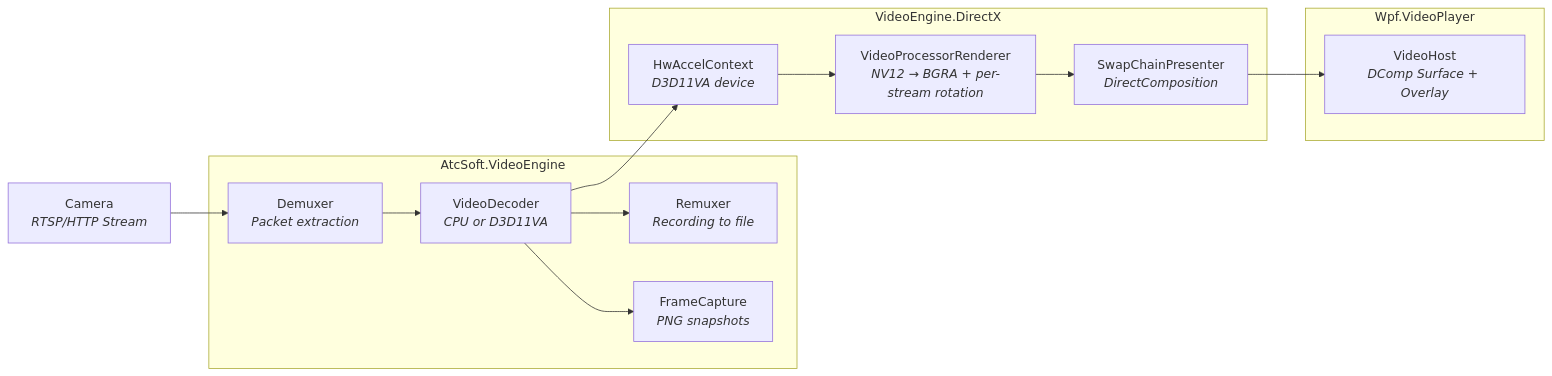
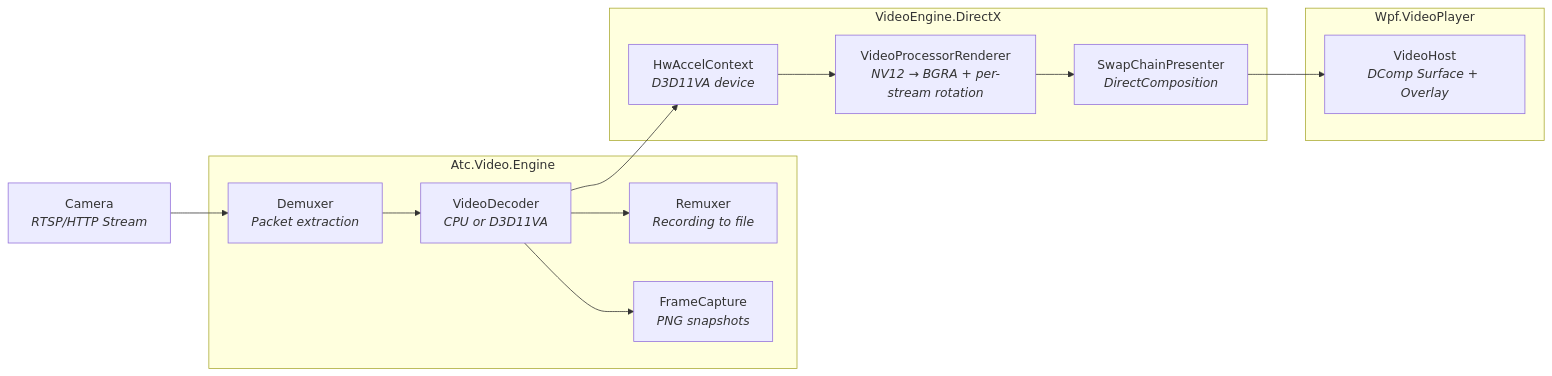
Before and after one commit to atc-net-apps/atc-soft-video-surveillance: the fourth of 8 diagrams in docs/architecture.md, drawn with Mermaid. The commit also changed other lines of this file and 2917 other files, not shown here.

First line of the commit message:
refactor: rename to AtcSoft.Video.Surveillance

````diff
--- a/docs/architecture.md
+++ b/docs/architecture.md
@@ -129,30 +129,30 @@
 ```mermaid
 graph LR
     Camera["Camera<br/><i>RTSP/HTTP Stream</i>"]
 
-    subgraph VideoEngine["AtcSoft.VideoEngine"]
+    subgraph VideoEngine["Atc.Video.Engine"]
         Demuxer["Demuxer<br/><i>Packet extraction</i>"]
         Decoder["VideoDecoder<br/><i>CPU or D3D11VA</i>"]
         Remuxer["Remuxer<br/><i>Recording to file</i>"]
         Capture["FrameCapture<br/><i>PNG snapshots</i>"]
     end
 
     subgraph DirectX["VideoEngine.DirectX"]
         HwAccel["HwAccelContext<br/><i>D3D11VA device</i>"]
         VPR["VideoProcessorRenderer<br/><i>NV12 → BGRA + per-stream rotation</i>"]
         SCP["SwapChainPresenter<br/><i>DirectComposition</i>"]
     end
 
     subgraph WPF["Wpf.VideoPlayer"]
         VideoHost["VideoHost<br/><i>DComp Surface + Overlay</i>"]
     end
 
     Camera --> Demuxer
     Demuxer --> Decoder
     Decoder --> Remuxer
     Decoder --> Capture
     Decoder --> HwAccel
     HwAccel --> VPR
     VPR --> SCP
     SCP --> VideoHost
 ```
````
